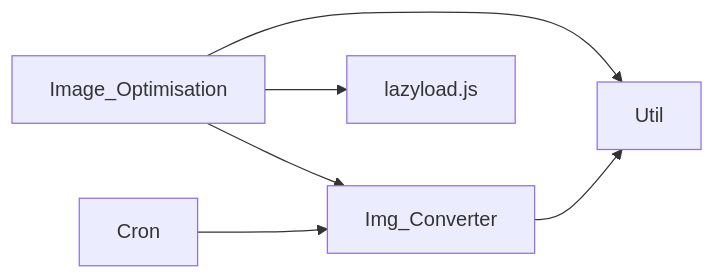
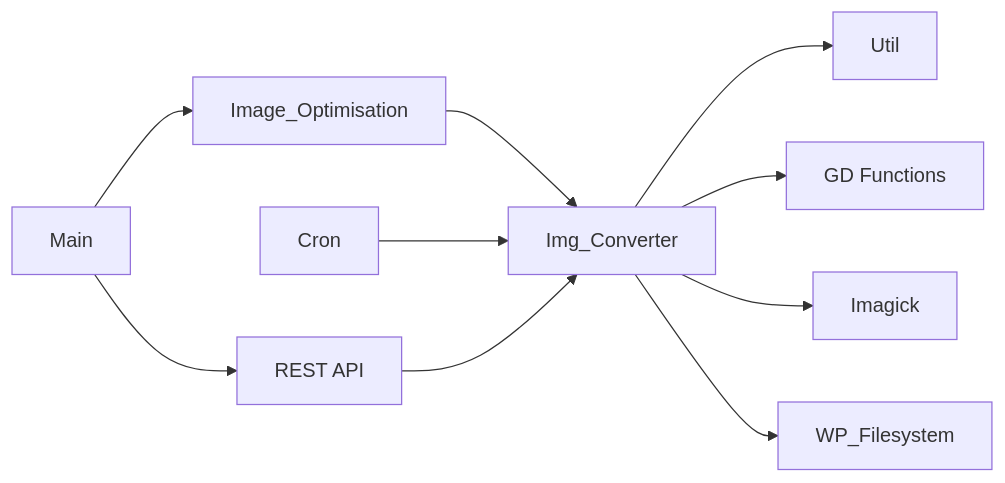
The fifth of 5 diagrams in .qoder/repowiki/en/content/Image Optimization/Format Conversion.md (nilesh32236/performance-optimisation), drawn with Mermaid before and after one commit. The commit also changed other lines of this file and 46 other files, not shown here.

````diff
--- a/.qoder/repowiki/en/content/Image Optimization/Format Conversion.md
+++ b/.qoder/repowiki/en/content/Image Optimization/Format Conversion.md
@@ -256,8 +291,12 @@
 ```mermaid
 graph LR
-IO["Image_Optimisation"] --> IC["Img_Converter"]
-IO --> UT["Util"]
-IC --> UT
-CRON["Cron"] --> IC
-IO --> JS["lazyload.js"]
+IMG_CONV["Img_Converter"] --> UTIL["Util"]
+IMG_CONV --> GD["GD Functions"]
+IMG_CONV --> IM["Imagick"]
+IMG_CONV --> WPFS["WP_Filesystem"]
+IMG_OPT["Image_Optimisation"] --> IMG_CONV
+MAIN["Main"] --> IMG_OPT
+MAIN --> REST["REST API"]
+CRON["Cron"] --> IMG_CONV
+REST --> IMG_CONV
 ```
````
